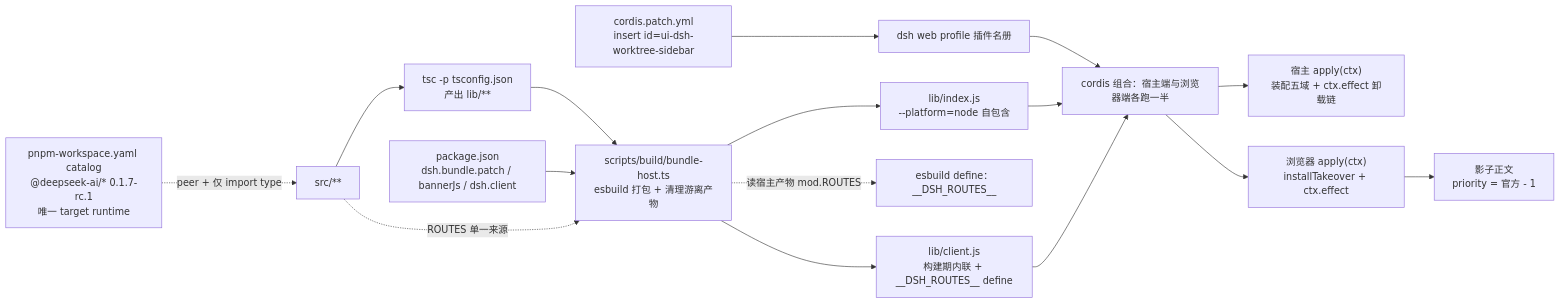
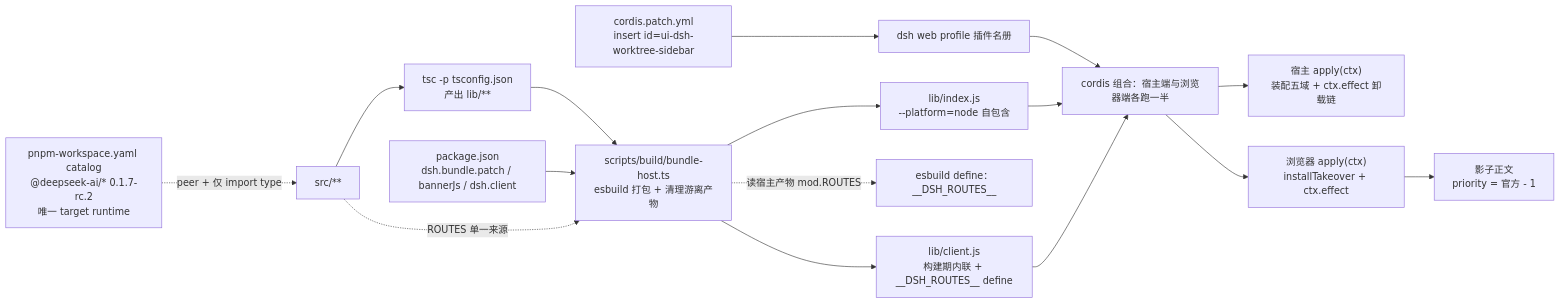
One commit to realreus319/dsh-plugin-hub changed the fourth of 4 diagrams in docs/architecture/dsh-worktree-sidebar.md. Above: the diagram before and after it, drawn with Mermaid. The commit also changed other lines of this file and 57 other files, not shown here.

````diff
--- a/docs/architecture/dsh-worktree-sidebar.md
+++ b/docs/architecture/dsh-worktree-sidebar.md
@@ -554,20 +554,20 @@
 ```mermaid
 flowchart LR
     SRC["src/**"] --> TSC["tsc -p tsconfig.json<br/>产出 lib/**"]
     TSC --> BUNDLE["scripts/build/bundle-host.ts<br/>esbuild 打包 + 清理游离产物"]
     PKG["package.json<br/>dsh.bundle.patch / bannerJs / dsh.client"] --> BUNDLE
     BUNDLE --> HOSTJS["lib/index.js<br/>--platform=node 自包含"]
     BUNDLE --> CLIJS["lib/client.js<br/>构建期内联 + __DSH_ROUTES__ define"]
     SRC -.->|"ROUTES 单一来源"| BUNDLE
     BUNDLE -.->|"读宿主产物 mod.ROUTES"| CLIDEF["esbuild define：__DSH_ROUTES__"]
 
-    CATALOG["pnpm-workspace.yaml catalog<br/>@deepseek-ai/* 0.1.7-rc.1<br/>唯一 target runtime"] -.->|"peer + 仅 import type"| SRC
+    CATALOG["pnpm-workspace.yaml catalog<br/>@deepseek-ai/* 0.1.7-rc.2<br/>唯一 target runtime"] -.->|"peer + 仅 import type"| SRC
 
     PATCH["cordis.patch.yml<br/>insert id=ui-dsh-worktree-sidebar"] --> PROFILE["dsh web profile 插件名册"]
     PROFILE --> CORDIS["cordis 组合：宿主端与浏览器端各跑一半"]
     HOSTJS --> CORDIS
     CLIJS --> CORDIS
     CORDIS --> APPLY["宿主 apply(ctx)<br/>装配五域 + ctx.effect 卸载链"]
     CORDIS --> CAPPLY["浏览器 apply(ctx)<br/>installTakeover + ctx.effect"]
     CAPPLY --> SHADOW["影子正文<br/>priority = 官方 - 1"]
 ```
````
